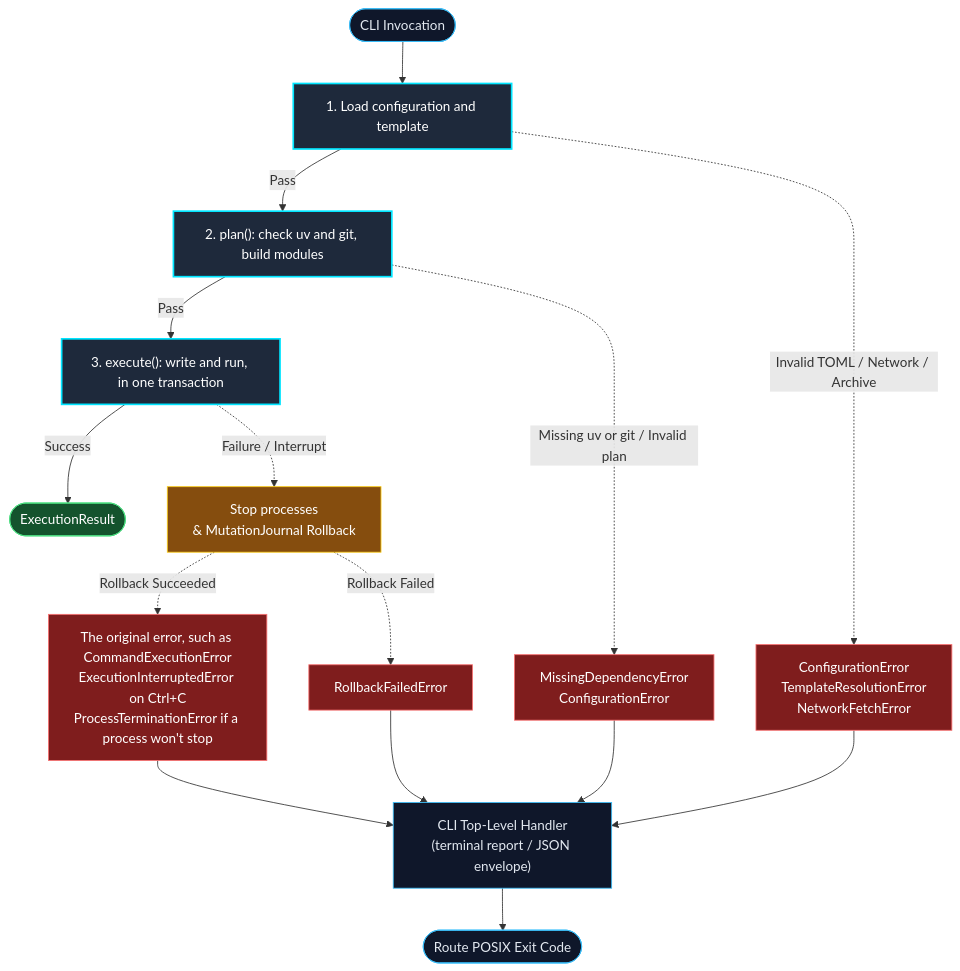
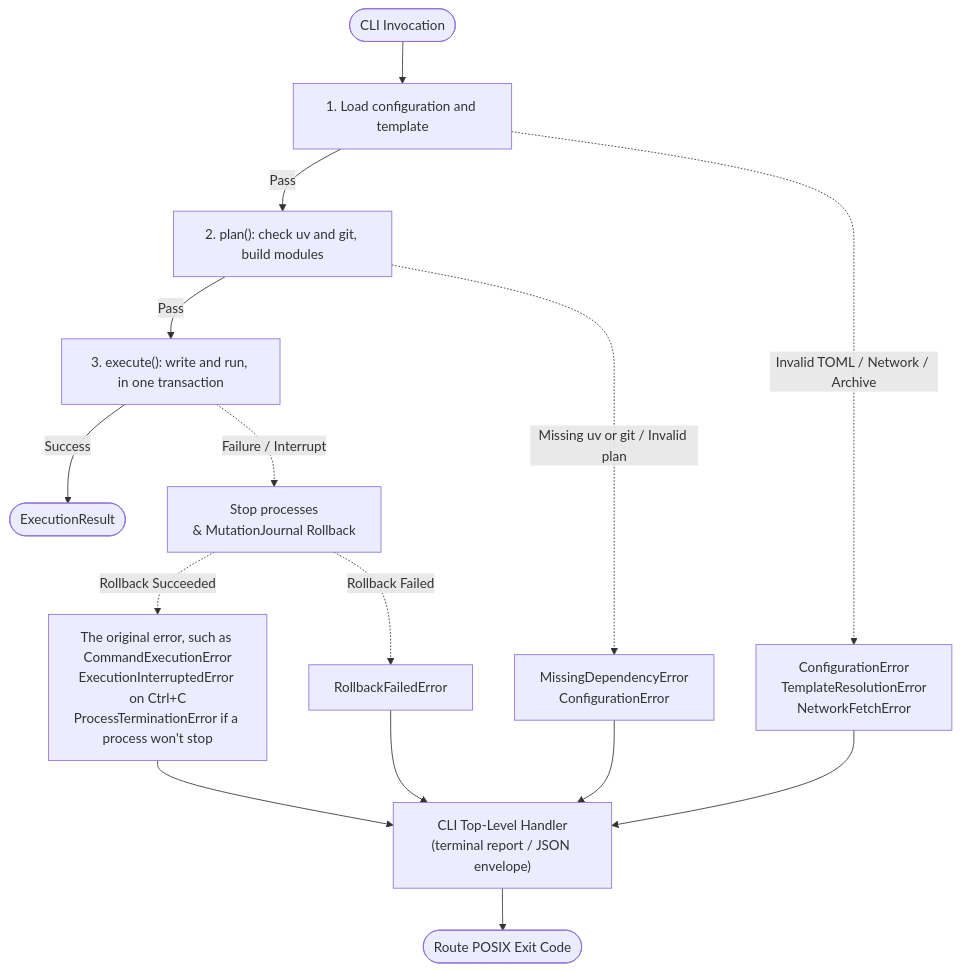
The diagram in docs/mechanics/error_handling.md (JacksonFergusonDev/protostar), drawn with Mermaid before and after one commit. The commit also changed other lines of this file and 36 other files, not shown here.

````diff
--- a/docs/mechanics/error_handling.md
+++ b/docs/mechanics/error_handling.md
@@ -35,23 +35,17 @@
 ```mermaid
 flowchart TD
-    classDef phase fill:#1e293b,stroke:#00e5ff,stroke-width:2px,color:#fff;
-    classDef error fill:#7f1d1d,stroke:#f87171,stroke-width:1px,color:#fff;
-    classDef core fill:#0f172a,stroke:#38bdf8,stroke-width:1px,color:#e2e8f0;
-    classDef success fill:#14532d,stroke:#4ade80,stroke-width:1px,color:#fff;
-    classDef rollback fill:#854d0e,stroke:#facc15,stroke-width:1px,color:#fff;
+    Start([CLI Invocation]) --> P1["1. Load configuration and template"]
+    P1 -->|Pass| P2["2. plan(): check uv and git, build modules"]
+    P2 -->|Pass| P3["3. execute(): write and run, in one transaction"]
+    P3 -->|Success| End([ExecutionResult])
 
-    Start([CLI Invocation]):::core --> P1["1. Load configuration and template"]:::phase
-    P1 -->|Pass| P2["2. plan(): check uv and git, build modules"]:::phase
-    P2 -->|Pass| P3["3. execute(): write and run, in one transaction"]:::phase
-    P3 -->|Success| End([ExecutionResult]):::success
+    P1 -.->|Invalid TOML / Network / Archive| E1["ConfigurationError<br/>TemplateResolutionError<br/>NetworkFetchError"]
+    P2 -.->|Missing uv or git / Invalid plan| E2["MissingDependencyError<br/>ConfigurationError"]
+    P3 -.->|Failure / Interrupt| RB["Stop processes<br/>& MutationJournal Rollback"]
 
-    P1 -.->|Invalid TOML / Network / Archive| E1["ConfigurationError<br/>TemplateResolutionError<br/>NetworkFetchError"]:::error
-    P2 -.->|Missing uv or git / Invalid plan| E2["MissingDependencyError<br/>ConfigurationError"]:::error
-    P3 -.->|Failure / Interrupt| RB["Stop processes<br/>& MutationJournal Rollback"]:::rollback
+    RB -.->|Rollback Succeeded| E3["The original error, such as CommandExecutionError<br/>ExecutionInterruptedError on Ctrl+C<br/>ProcessTerminationError if a process won't stop"]
+    RB -.->|Rollback Failed| E4["RollbackFailedError"]
 
-    RB -.->|Rollback Succeeded| E3["The original error, such as CommandExecutionError<br/>ExecutionInterruptedError on Ctrl+C<br/>ProcessTerminationError if a process won't stop"]:::error
-    RB -.->|Rollback Failed| E4["RollbackFailedError"]:::error
-
-    E1 & E2 & E3 & E4 --> Trap["CLI Top-Level Handler<br/>(terminal report / JSON envelope)"]:::core
-    Trap --> Exit([Route POSIX Exit Code]):::core
+    E1 & E2 & E3 & E4 --> Trap["CLI Top-Level Handler<br/>(terminal report / JSON envelope)"]
+    Trap --> Exit([Route POSIX Exit Code])
 ```
````
